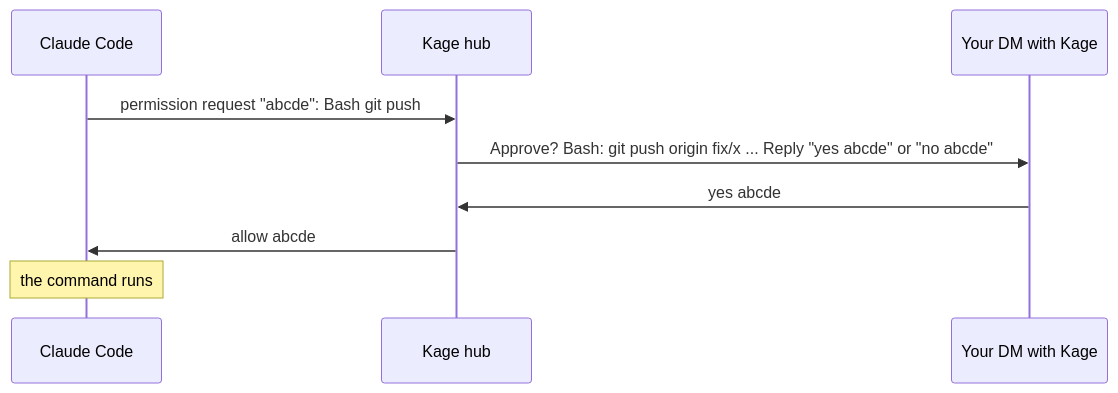
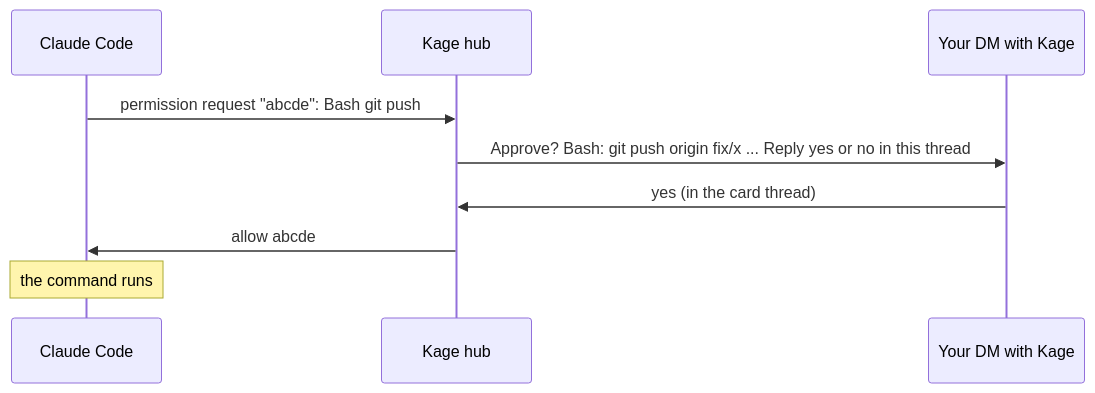
One commit to aloki-alok/kage changed the diagram in README.md. Above: the diagram before and after it, drawn with Mermaid. The commit also changed 7 other files, not shown here.

First line of the commit message:
Approval cards: drop the request code, answer in the card's thread (#74) (#149)

````diff
--- a/README.md
+++ b/README.md
@@ -205,11 +205,11 @@
 ```mermaid
 sequenceDiagram
     participant C as Claude Code
     participant K as Kage hub
     participant S as Your DM with Kage
     C->>K: permission request "abcde": Bash git push
-    K->>S: Approve? Bash: git push origin fix/x ... Reply "yes abcde" or "no abcde"
-    S->>K: yes abcde
+    K->>S: Approve? Bash: git push origin fix/x ... Reply yes or no in this thread
+    S->>K: yes (in the card thread)
     K->>C: allow abcde
     Note over C: the command runs
 ```
````
